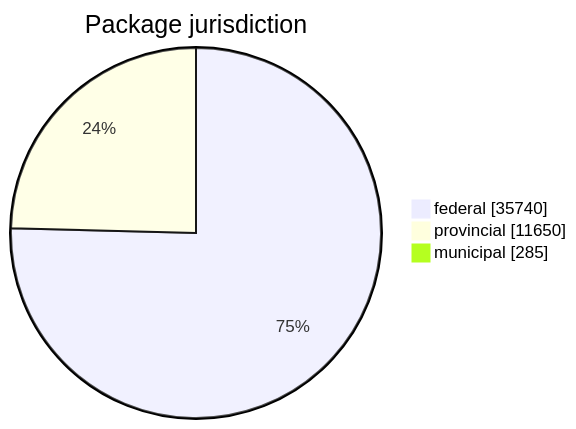
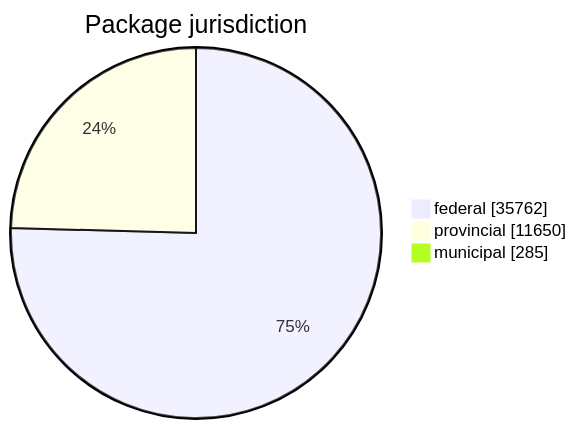
The first of 5 diagrams in FreshCheck/README.md (open-data/analytics-corporate-reporting), drawn with Mermaid before and after one commit. The commit also changed other lines of this file and 3 other files, not shown here.

````diff
--- a/FreshCheck/README.md
+++ b/FreshCheck/README.md
@@ -60,6 +60,6 @@
 ```mermaid
 pie showData title Package jurisdiction
-    "federal": 35740
+    "federal": 35762
     "provincial": 11650
     "municipal": 285
 ```
````
